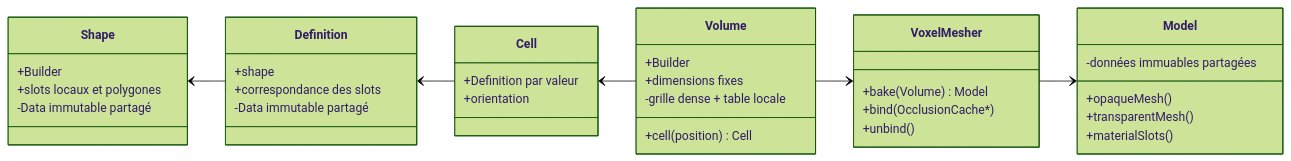
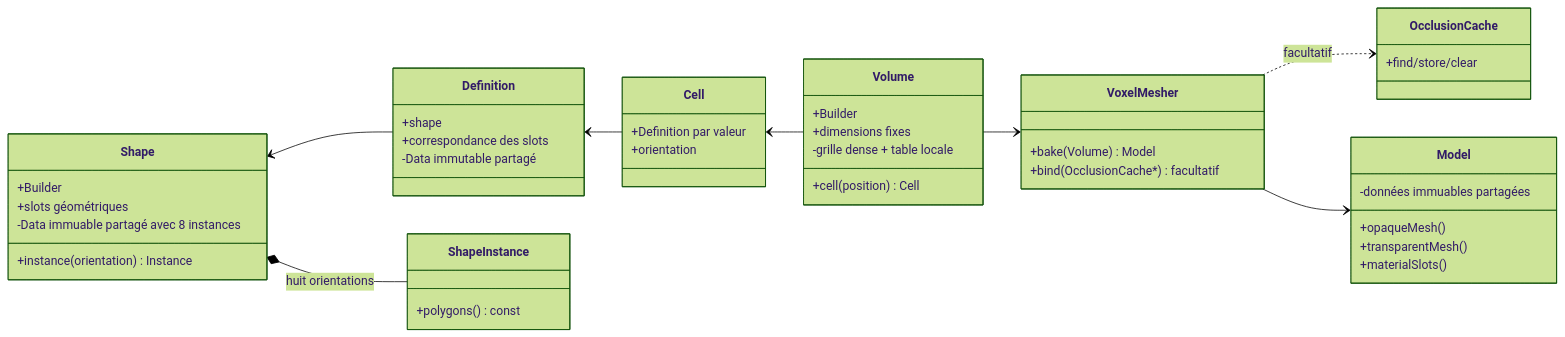
One commit to EreliaStudio/Sparkle changed the diagram in docs/voxel-engine-v0.1.4/02-modele-voxel.md. Above: the diagram before and after it, drawn with Mermaid (forest theme). The commit also changed other lines of this file and 29 other files, not shown here.

Commit message:
feat(voxel): PR-01 — Shape, Definition et Cell (#40)

````diff
--- a/docs/voxel-engine-v0.1.4/02-modele-voxel.md
+++ b/docs/voxel-engine-v0.1.4/02-modele-voxel.md
@@ -7,40 +7,48 @@
 ```mermaid
 classDiagram
   direction LR
   class Shape {
     +Builder
-    +slots locaux et polygones
-    -Data immutable partagé
+    +slots géométriques
+    +instance(orientation) Instance
+    -Data immuable partagé avec 8 instances
   }
   class Definition {
     +shape
     +correspondance des slots
     -Data immutable partagé
   }
   class Cell {
     +Definition par valeur
     +orientation
   }
   class Volume {
     +Builder
     +dimensions fixes
     +cell(position) Cell
     -grille dense + table locale
   }
   class Model {
     +opaqueMesh()
     +transparentMesh()
     +materialSlots()
     -données immuables partagées
   }
+  class ShapeInstance {
+    +polygons() const
+  }
+  class OcclusionCache {
+    +find/store/clear
+  }
   class VoxelMesher {
     +bake(Volume) Model
-    +bind(OcclusionCache*)
-    +unbind()
+    +bind(OcclusionCache*) facultatif
   }
   Shape <-- Definition
   Definition <-- Cell
   Cell <-- Volume
+  Shape *-- ShapeInstance : huit orientations
+  VoxelMesher ..> OcclusionCache : facultatif
   Volume --> VoxelMesher
   VoxelMesher --> Model
 ```
````
